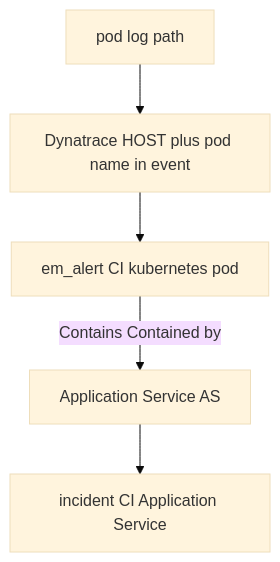
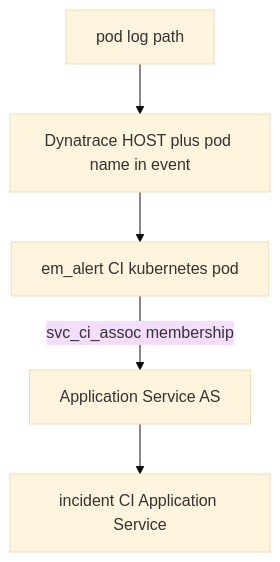
The second of 3 diagrams in servicenow/docs/Log_to_Incident/CMDB_Mapping.md (gxbrooks/spark-observability), drawn with Mermaid (base theme) before and after one commit. The commit also changed other lines of this file and 63 other files, not shown here.

First line of the commit message:
Align ServiceNow service instances on a single display-name tag and svc_ci_assoc.

````diff
--- a/servicenow/docs/Log_to_Incident/CMDB_Mapping.md
+++ b/servicenow/docs/Log_to_Incident/CMDB_Mapping.md
@@ -39,10 +39,10 @@
 ```mermaid
 flowchart TB
   SLOG[pod log path]
   SDT[Dynatrace HOST plus pod name in event]
   SPOD[em_alert CI kubernetes pod]
   SAS[Application Service AS]
   SINC[incident CI Application Service]
   SLOG --> SDT --> SPOD
-  SPOD -->|Contains Contained by| SAS --> SINC
+  SPOD -->|svc_ci_assoc membership| SAS --> SINC
 ```
````
